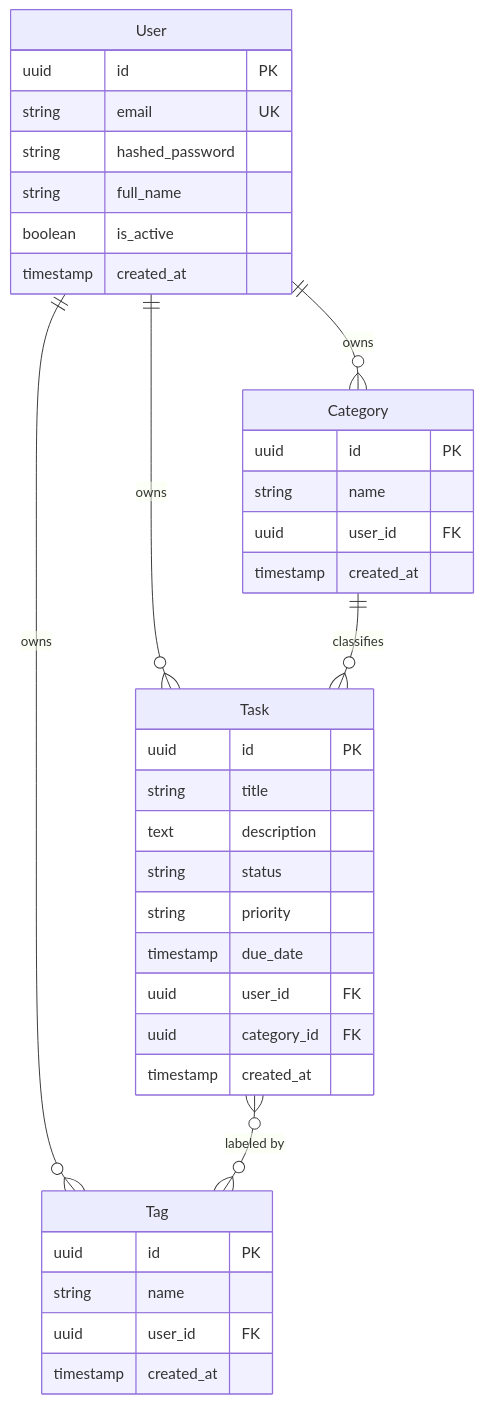
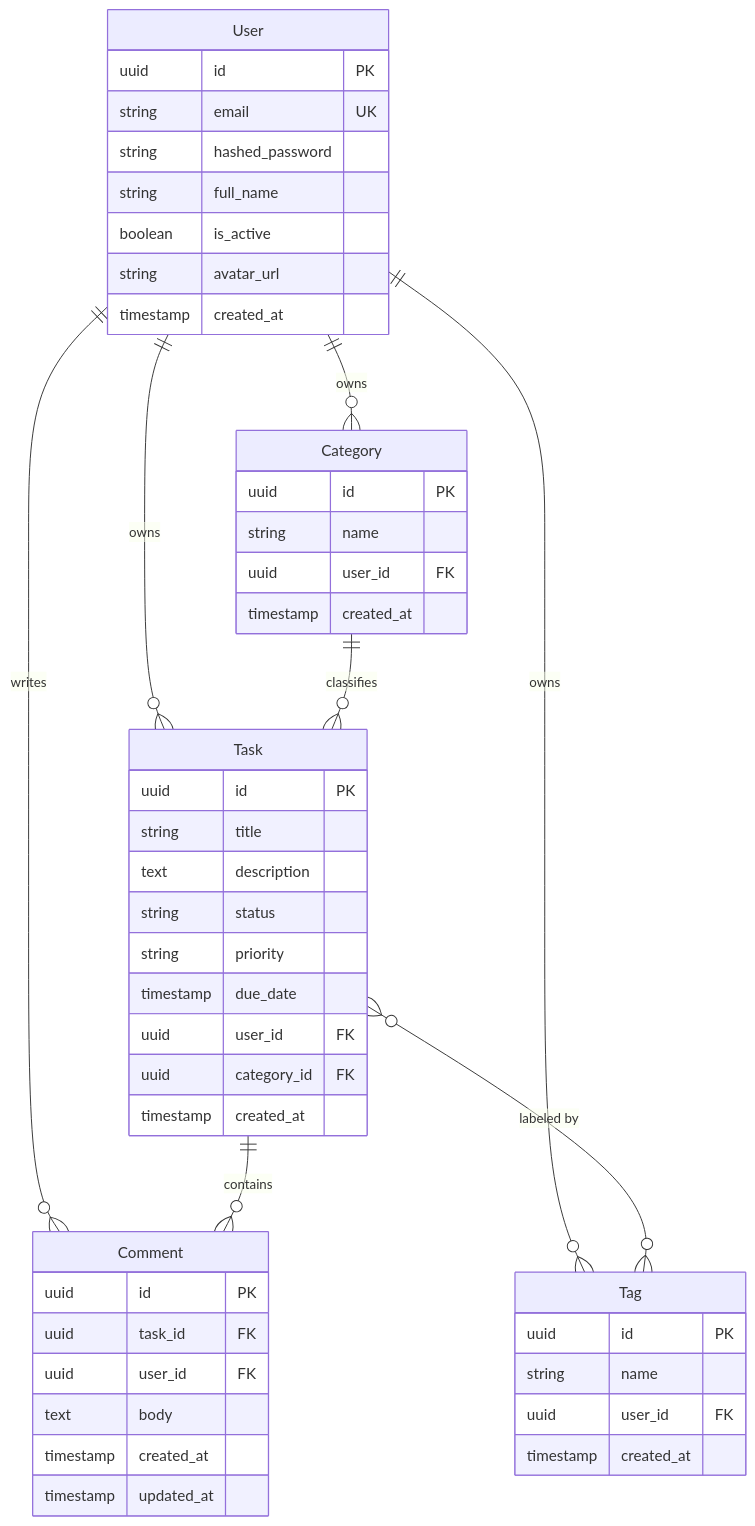
One commit to nandakumar-nandu/TaskFlowAPI changed the first of 5 diagrams in README.md. Above: the diagram before and after it, drawn with Mermaid. The commit also changed other lines of this file and 12 other files, not shown here.

````diff
--- a/README.md
+++ b/README.md
@@ -28,40 +28,51 @@
 ```mermaid
 erDiagram
     User ||--o{ Task : "owns"
     User ||--o{ Category : "owns"
     User ||--o{ Tag : "owns"
+    User ||--o{ Comment : "writes"
+    Task ||--o{ Comment : "contains"
     Category ||--o{ Task : "classifies"
     Task }o--o{ Tag : "labeled by"
 
     User {
         uuid id PK
         string email UK
         string hashed_password
         string full_name
         boolean is_active
+        string avatar_url
         timestamp created_at
     }
     Task {
         uuid id PK
         string title
         text description
         string status
         string priority
         timestamp due_date
         uuid user_id FK
         uuid category_id FK
         timestamp created_at
     }
     Category {
         uuid id PK
         string name
         uuid user_id FK
         timestamp created_at
     }
     Tag {
         uuid id PK
         string name
         uuid user_id FK
         timestamp created_at
     }
+    Comment {
+        uuid id PK
+        uuid task_id FK
+        uuid user_id FK
+        text body
+        timestamp created_at
+        timestamp updated_at
+    }
 ```
````
